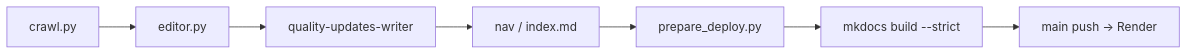
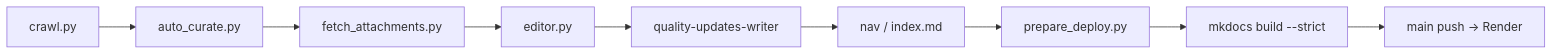
Before and after one commit to ypspy/quality-updates: the diagram in README.md, drawn with Mermaid. The commit also changed other lines of this file and 17 other files, not shown here.

````diff
--- a/README.md
+++ b/README.md
@@ -56,9 +56,11 @@
 ```mermaid
 flowchart LR
-    A[crawl.py] --> B[editor.py]
-    B --> C[quality-updates-writer]
-    C --> D[nav / index.md]
-    D --> E[prepare_deploy.py]
-    E --> F[mkdocs build --strict]
-    F --> G[main push → Render]
+    A[crawl.py] --> B[auto_curate.py]
+    B --> C[fetch_attachments.py]
+    C --> D[editor.py]
+    D --> E[quality-updates-writer]
+    E --> F[nav / index.md]
+    F --> G[prepare_deploy.py]
+    G --> H[mkdocs build --strict]
+    H --> I[main push → Render]
 ```
````
